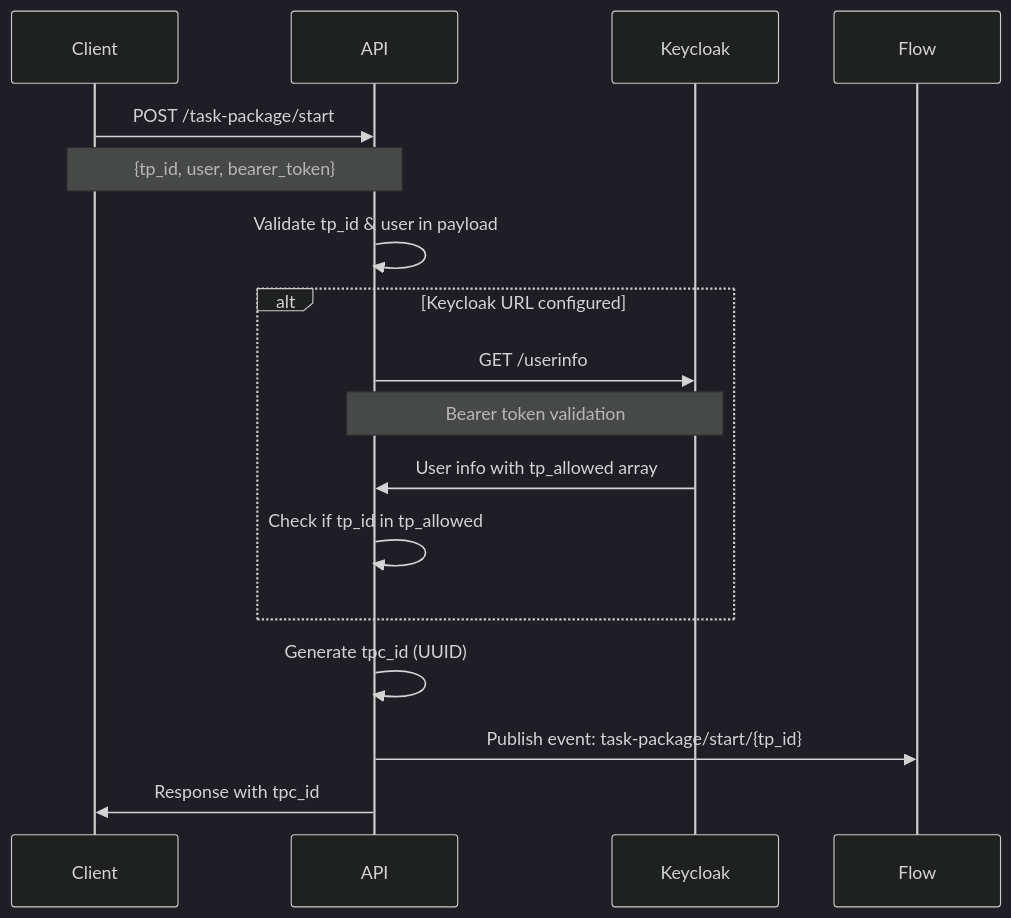
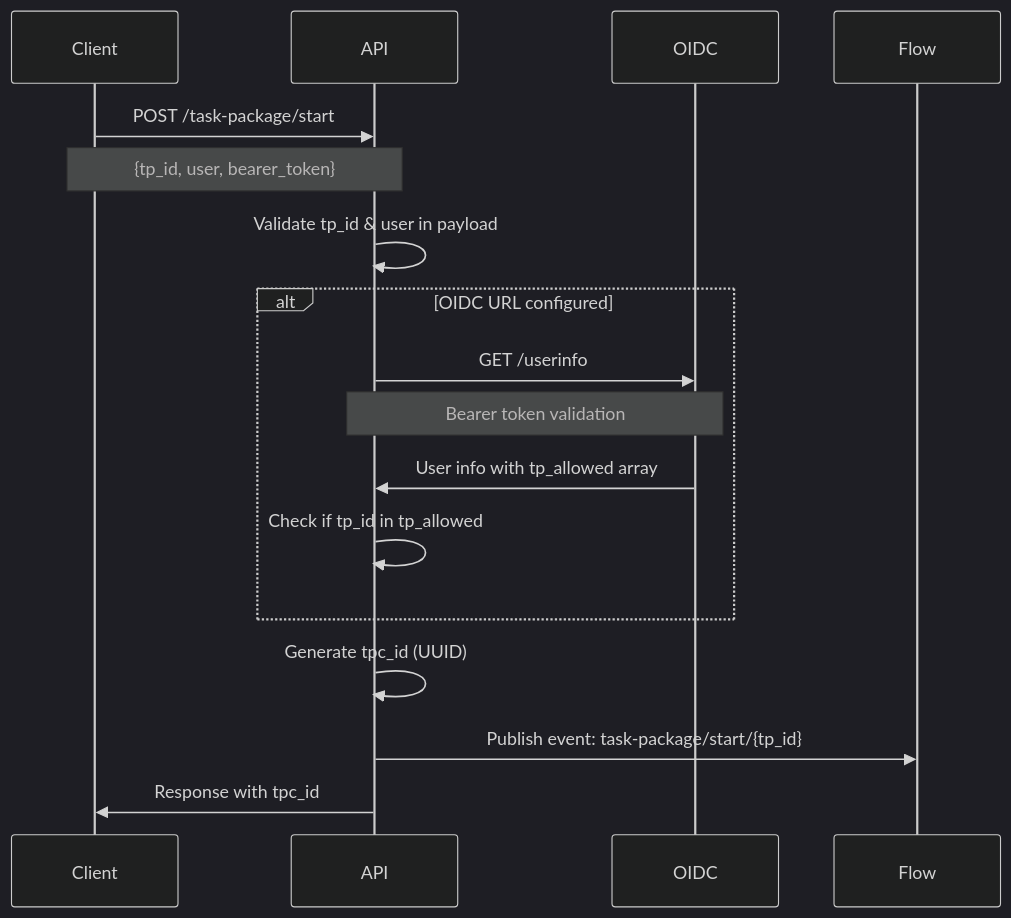
The diagram in TASK_PACKAGE_DESIGN.md (chart-sg/node-red-task-package), drawn with Mermaid (dark theme) before and after one commit. The commit also changed other lines of this file and 3 other files, not shown here.

First line of the commit message:
feat: simplify OIDC config, return complete URL form

````diff
--- a/TASK_PACKAGE_DESIGN.md
+++ b/TASK_PACKAGE_DESIGN.md
@@ -49,23 +49,23 @@
 ```mermaid
 sequenceDiagram
     participant Client
     participant API
-    participant Keycloak
+    participant OIDC
     participant Flow
 
     Client->>API: POST /task-package/start
     Note over Client,API: {tp_id, user, bearer_token}
     
     API->>API: Validate tp_id & user in payload
     
-    alt Keycloak URL configured
-        API->>Keycloak: GET /userinfo
-        Note over API,Keycloak: Bearer token validation
-        Keycloak->>API: User info with tp_allowed array
+    alt OIDC URL configured
+        API->>OIDC: GET /userinfo
+        Note over API,OIDC: Bearer token validation
+        OIDC->>API: User info with tp_allowed array
         API->>API: Check if tp_id in tp_allowed
     end
     
     API->>API: Generate tpc_id (UUID)
     API->>Flow: Publish event: task-package/start/{tp_id}
     API->>Client: Response with tpc_id
 ```
````
